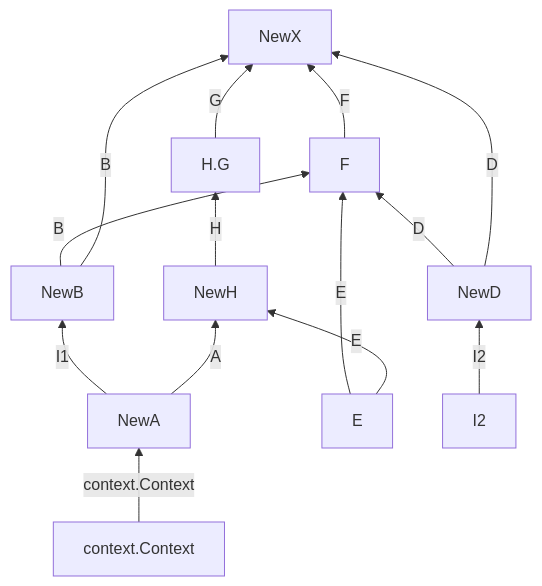
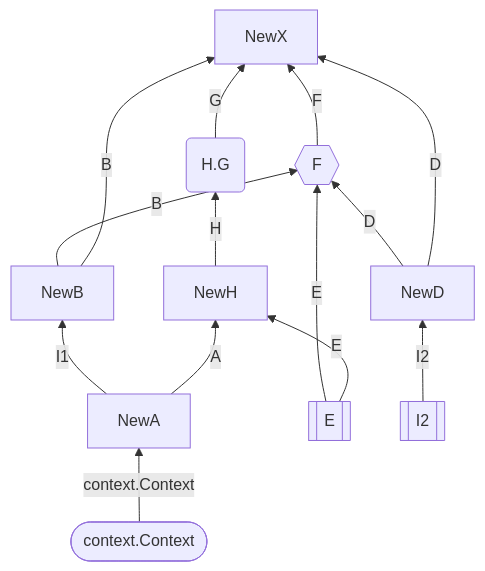
Before and after one commit to qawatake/wire: the diagram in _example/graph/README.md, drawn with Mermaid. The commit also changed other lines of this file and 1 other file, not shown here.

Commit message:
node shapes

````diff
--- a/_example/graph/README.md
+++ b/_example/graph/README.md
@@ -9,16 +9,16 @@
 ```mermaid
 flowchart BT;
-	 0["context.Context"] -- "context.Context" --> 1["NewA"];
-	 2["E"] -- "E" --> 3["F"];
-	 2["E"] -- "E" --> 4["NewH"];
-	 3["F"] -- "F" --> 5["NewX"];
-	 6["H.G"] -- "G" --> 5["NewX"];
-	 7["I2"] -- "I2" --> 8["NewD"];
+	 0(["context.Context"]) -- "context.Context" --> 1["NewA"];
+	 2[["E"]] -- "E" --> 3{{"F"}};
+	 2[["E"]] -- "E" --> 4["NewH"];
+	 3{{"F"}} -- "F" --> 5["NewX"];
+	 6("H.G") -- "G" --> 5["NewX"];
+	 7[["I2"]] -- "I2" --> 8["NewD"];
 	 1["NewA"] -- "I1" --> 9["NewB"];
 	 1["NewA"] -- "A" --> 4["NewH"];
-	 9["NewB"] -- "B" --> 3["F"];
+	 9["NewB"] -- "B" --> 3{{"F"}};
 	 9["NewB"] -- "B" --> 5["NewX"];
-	 8["NewD"] -- "D" --> 3["F"];
+	 8["NewD"] -- "D" --> 3{{"F"}};
 	 8["NewD"] -- "D" --> 5["NewX"];
-	 4["NewH"] -- "H" --> 6["H.G"];
+	 4["NewH"] -- "H" --> 6("H.G");
 ```
````
